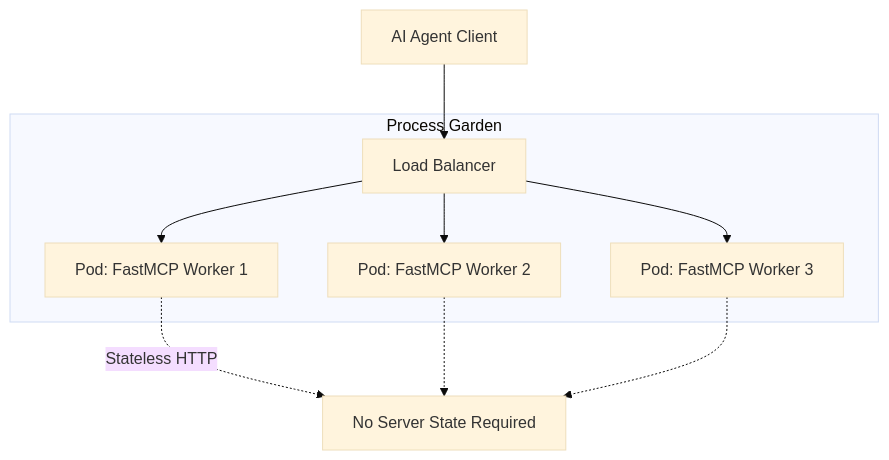
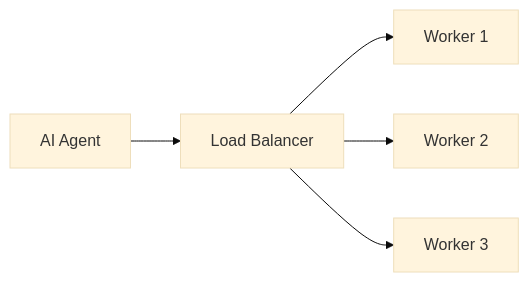
Before and after one commit to vladfedoriuk/building-robust-mcp-servers-with-fastmcp: the first of 2 diagrams in presentation/slides.md, drawn with Mermaid (base theme). The commit also changed other lines of this file and 5 other files, not shown here.

````diff
--- a/presentation/slides.md
+++ b/presentation/slides.md
@@ -111,14 +241,7 @@
 ```mermaid
-graph TD
-    Client[AI Agent Client] --> LB[Load Balancer]
-    
-    subgraph Process Garden
-        LB --> Worker1[Pod: FastMCP Worker 1]
-        LB --> Worker2[Pod: FastMCP Worker 2]
-        LB --> Worker3[Pod: FastMCP Worker 3]
-    end
-
-    Worker1 -.->|Stateless HTTP| State[No Server State Required]
-    Worker2 -.-> State
-    Worker3 -.-> State
+graph LR
+    Client[AI Agent] --> LB[Load Balancer]
+    LB --> W1[Worker 1]
+    LB --> W2[Worker 2]
+    LB --> W3[Worker 3]
 ```
````
